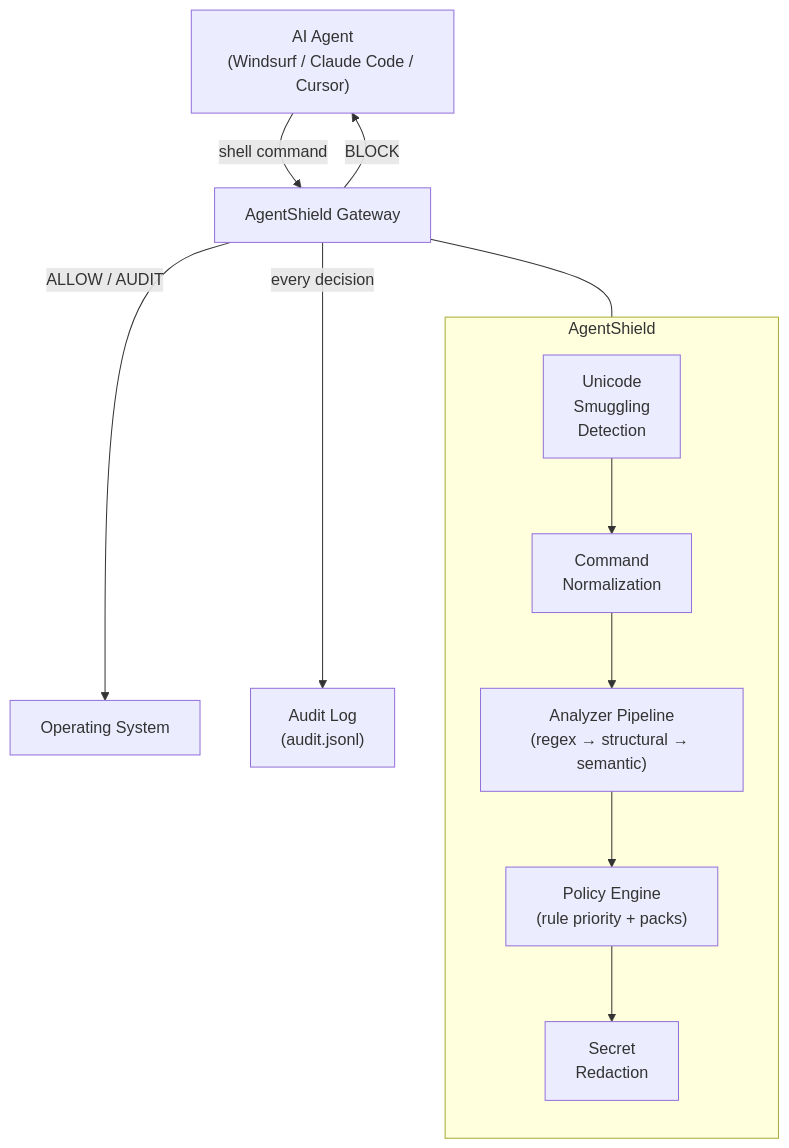
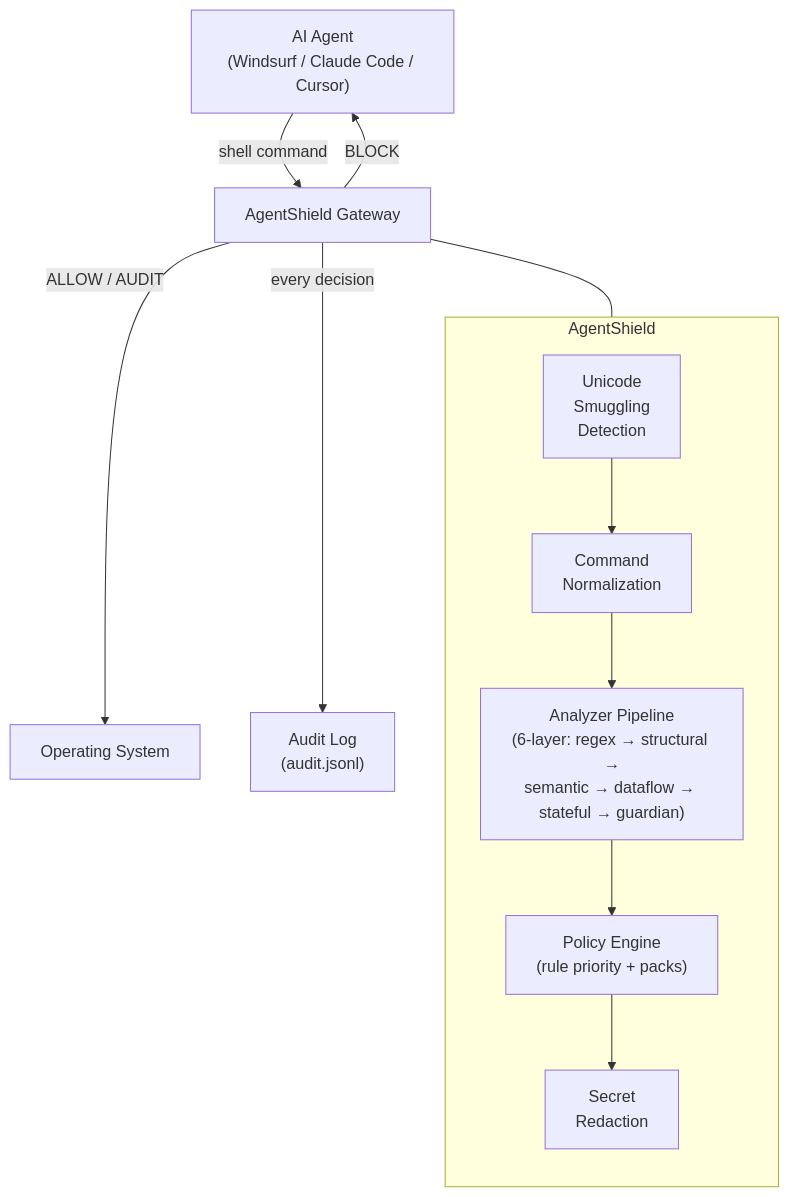
The first of 3 diagrams in README.md (security-researcher-ca/AI-Agentic-Shield), drawn with Mermaid before and after one commit. The commit also changed other lines of this file, not shown here.

Commit message:
Add comprehensive "How It Works" section with agent integration methods, decision flow, and deployment scenarios to README

````diff
--- a/README.md
+++ b/README.md
@@ -251,25 +368,25 @@
 ```mermaid
 flowchart TB
     Agent["AI Agent\n(Windsurf / Claude Code / Cursor)"]
     AS["AgentShield Gateway"]
     OS["Operating System"]
     Log["Audit Log\n(audit.jsonl)"]
 
     Agent -->|"shell command"| AS
     AS -->|"ALLOW / AUDIT"| OS
     AS -->|"BLOCK"| Agent
     AS -->|"every decision"| Log
 
     subgraph AgentShield
         direction TB
         Unicode["Unicode\nSmuggling\nDetection"]
         Norm["Command\nNormalization"]
-        Pipeline["Analyzer Pipeline\n(regex → structural → semantic)"]
+        Pipeline["Analyzer Pipeline\n(6-layer: regex → structural →\nsemantic → dataflow → stateful → guardian)"]
         Policy["Policy Engine\n(rule priority + packs)"]
         Redact["Secret\nRedaction"]
 
         Unicode --> Norm --> Pipeline --> Policy --> Redact
     end
 
     AS --- AgentShield
 ```
````
